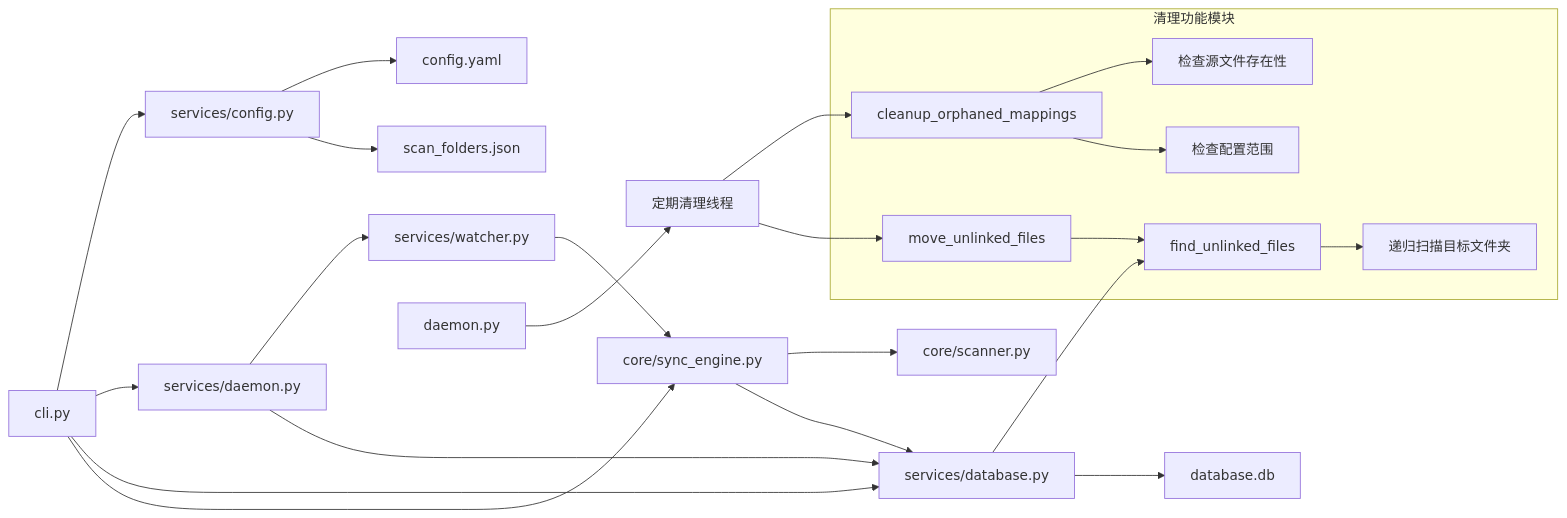
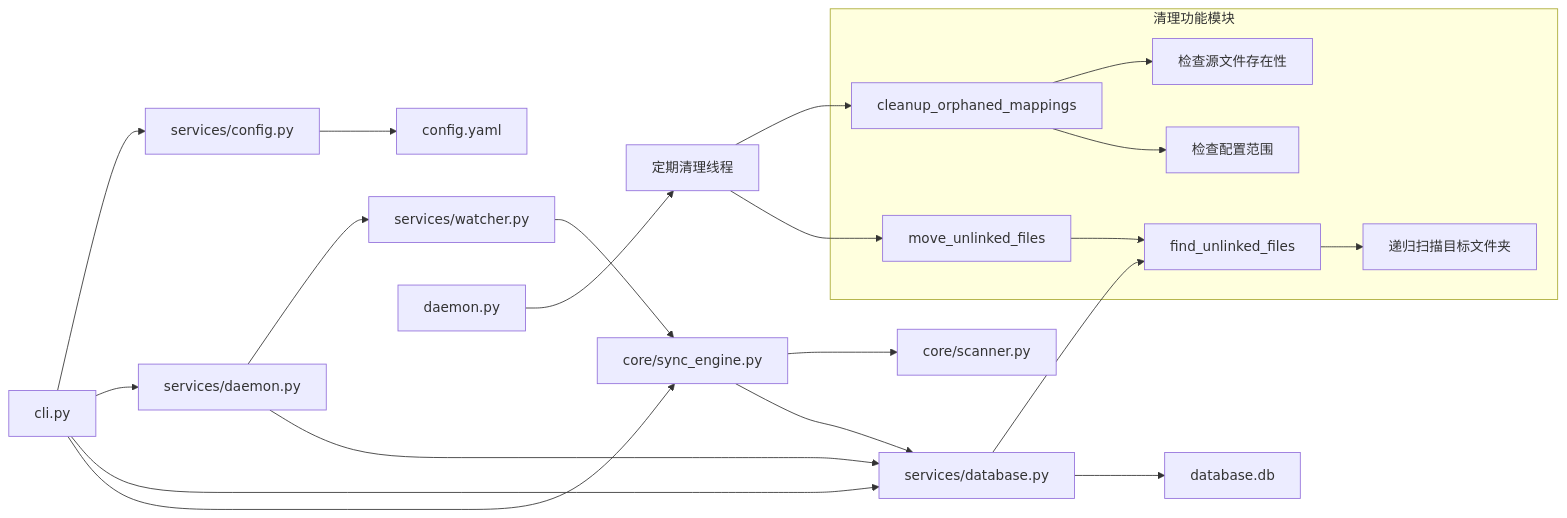
The second of 3 diagrams in README.md (APE-147/readme-flat), drawn with Mermaid before and after one commit. The commit also changed other lines of this file and 20 other files, not shown here.

````diff
--- a/README.md
+++ b/README.md
@@ -65,32 +60,31 @@
 ```mermaid
 graph LR
     A[cli.py] --> B[services/config.py]
     A --> C[services/daemon.py]
     A --> D[services/database.py]
     A --> E[core/sync_engine.py]
     
     B --> F[config.yaml]
-    B --> G[scan_folders.json]
     
     C --> H[services/watcher.py]
     C --> D
     
     E --> I[core/scanner.py]
     E --> D
     
     H --> E
     
     J[daemon.py] --> K[定期清理线程]
     K --> L[cleanup_orphaned_mappings]
     K --> M[move_unlinked_files]
     
     D --> N[database.db]
     D --> O[find_unlinked_files]
     
     subgraph "清理功能模块"
         L --> P[检查源文件存在性]
         L --> Q[检查配置范围]
         M --> O
         O --> R[递归扫描目标文件夹]
     end
 ```
````
